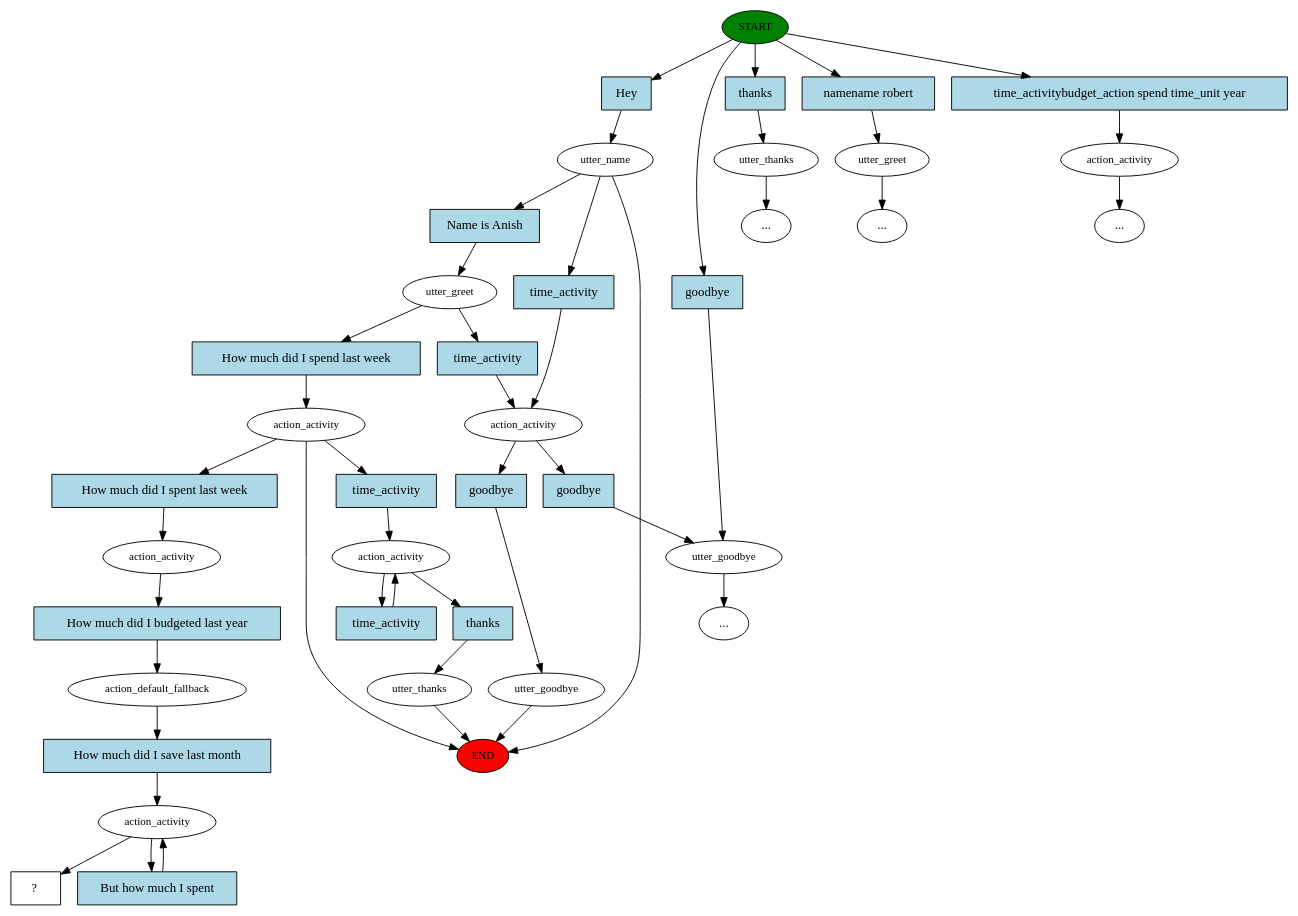
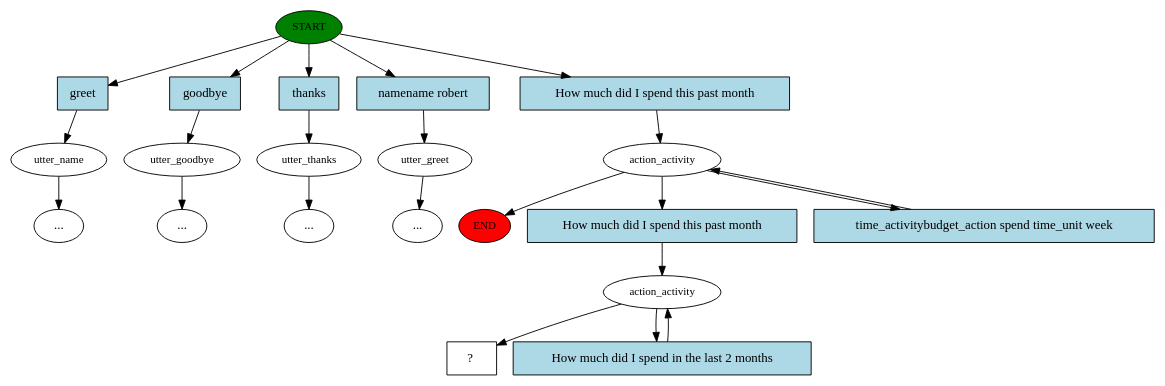
Before and after one commit to anishrav/ynab-ai: the diagram in story_graph.dot, drawn with Graphviz. The commit also changed 18 other files, not shown here.

```diff
--- a/story_graph.dot
+++ b/story_graph.dot
@@ -1,86 +1,45 @@
 digraph  {
 0 [class="start active", fillcolor=green, fontsize=12, label=START, style=filled];
 "-1" [class=end, fillcolor=red, fontsize=12, label=END, style=filled];
-1 [class=active, fontsize=12, label=utter_name];
-2 [class="", fontsize=12, label=utter_goodbye];
-3 [class="", fontsize=12, label=utter_thanks];
-"-4" [class=ellipsis, label="..."];
-4 [class="", fontsize=12, label=utter_greet];
-6 [class="", fontsize=12, label=action_activity];
+1 [class="", fontsize=12, label=utter_name];
+3 [class="", fontsize=12, label=utter_goodbye];
+"-5" [class=ellipsis, label="..."];
+4 [class="", fontsize=12, label=utter_thanks];
 "-6" [class=ellipsis, label="..."];
-9 [class=active, fontsize=12, label=utter_greet];
-10 [class=active, fontsize=12, label=action_activity];
-14 [class="", fontsize=12, label=utter_goodbye];
-15 [class="", fontsize=12, label=action_activity];
-19 [class="", fontsize=12, label=action_activity];
-21 [class="", fontsize=12, label=utter_thanks];
-"-9" [class=ellipsis, label="..."];
-"-10" [class=ellipsis, label="..."];
-28 [class=active, fontsize=12, label=action_activity];
-29 [class=active, fontsize=12, label=action_default_fallback];
-30 [class=active, fontsize=12, label=action_activity];
-36 [class="intent dashed active", label="  ?  ", shape=rect];
-37 [class="intent active", fillcolor=lightblue, label=Hey, shape=rect, style=filled];
-38 [class=intent, fillcolor=lightblue, label=goodbye, shape=rect, style=filled];
-39 [class=intent, fillcolor=lightblue, label=thanks, shape=rect, style=filled];
-40 [class=intent, fillcolor=lightblue, label="namename robert", shape=rect, style=filled];
-41 [class=intent, fillcolor=lightblue, label="time_activitybudget_action spend time_unit year", shape=rect, style=filled];
-42 [class=intent, fillcolor=lightblue, label=time_activity, shape=rect, style=filled];
-43 [class="intent active", fillcolor=lightblue, label="Name is Anish", shape=rect, style=filled];
-44 [class=intent, fillcolor=lightblue, label=goodbye, shape=rect, style=filled];
-45 [class=intent, fillcolor=lightblue, label=goodbye, shape=rect, style=filled];
-46 [class="intent active", fillcolor=lightblue, label="How much did I spend last week", shape=rect, style=filled];
-47 [class=intent, fillcolor=lightblue, label=time_activity, shape=rect, style=filled];
-48 [class=intent, fillcolor=lightblue, label=time_activity, shape=rect, style=filled];
-49 [class="intent active", fillcolor=lightblue, label="How much did I spent last week", shape=rect, style=filled];
-50 [class=intent, fillcolor=lightblue, label=thanks, shape=rect, style=filled];
-51 [class=intent, fillcolor=lightblue, label=time_activity, shape=rect, style=filled];
-52 [class="intent active", fillcolor=lightblue, label="How much did I budgeted last year", shape=rect, style=filled];
-53 [class="intent active", fillcolor=lightblue, label="How much did I save last month", shape=rect, style=filled];
-54 [class="intent active", fillcolor=lightblue, label="But how much I spent", shape=rect, style=filled];
-0 -> 37  [class=active, key=0];
-0 -> 38  [class="", key=0];
-0 -> 39  [class="", key=0];
-0 -> 40  [class="", key=0];
-0 -> 41  [class="", key=0];
-1 -> "-1"  [class="", key=NONE, label=""];
-1 -> 42  [class="", key=0];
-1 -> 43  [class=active, key=0];
-2 -> "-6"  [class="", key=NONE, label=""];
-3 -> "-4"  [class="", key=NONE, label=""];
-4 -> "-9"  [class="", key=NONE, label=""];
-6 -> 44  [class="", key=0];
-6 -> 45  [class="", key=0];
-9 -> 46  [class=active, key=0];
-9 -> 47  [class="", key=0];
-10 -> "-1"  [class="", key=NONE, label=""];
-10 -> 48  [class="", key=0];
-10 -> 49  [class=active, key=0];
-14 -> "-1"  [class="", key=NONE, label=""];
-15 -> "-10"  [class="", key=NONE, label=""];
-19 -> 50  [class="", key=0];
-19 -> 51  [class="", key=0];
-21 -> "-1"  [class="", key=NONE, label=""];
-28 -> 52  [class=active, key=0];
-29 -> 53  [class=active, key=0];
-30 -> 36  [class=active, key=NONE, label=""];
-30 -> 54  [class=active, key=0];
-37 -> 1  [class=active, key=0];
-38 -> 2  [class="", key=0];
-39 -> 3  [class="", key=0];
-40 -> 4  [class="", key=0];
-41 -> 15  [class="", key=0];
-42 -> 6  [class="", key=0];
-43 -> 9  [class=active, key=0];
-44 -> 2  [class="", key=0];
-45 -> 14  [class="", key=0];
-46 -> 10  [class=active, key=0];
-47 -> 6  [class="", key=0];
-48 -> 19  [class="", key=0];
-49 -> 28  [class=active, key=0];
-50 -> 21  [class="", key=0];
-51 -> 19  [class="", key=0];
-52 -> 29  [class=active, key=0];
-53 -> 30  [class=active, key=0];
-54 -> 30  [class=active, key=0];
+5 [class="", fontsize=12, label=utter_greet];
+9 [class=active, fontsize=12, label=action_activity];
+"-12" [class=ellipsis, label="..."];
+"-13" [class=ellipsis, label="..."];
+17 [class=active, fontsize=12, label=action_activity];
+27 [class="intent dashed active", label="  ?  ", shape=rect];
+28 [class=intent, fillcolor=lightblue, label=greet, shape=rect, style=filled];
+29 [class=intent, fillcolor=lightblue, label=goodbye, shape=rect, style=filled];
+30 [class=intent, fillcolor=lightblue, label=thanks, shape=rect, style=filled];
+31 [class=intent, fillcolor=lightblue, label="namename robert", shape=rect, style=filled];
+32 [class="intent active", fillcolor=lightblue, label="How much did I spend this past month", shape=rect, style=filled];
+33 [class="intent active", fillcolor=lightblue, label="How much did I spend this past month", shape=rect, style=filled];
+34 [class=intent, fillcolor=lightblue, label="time_activitybudget_action spend time_unit week", shape=rect, style=filled];
+35 [class="intent active", fillcolor=lightblue, label="How much did I spend in the last 2 months", shape=rect, style=filled];
+0 -> 28  [class="", key=0];
+0 -> 29  [class="", key=0];
+0 -> 30  [class="", key=0];
+0 -> 31  [class="", key=0];
+0 -> 32  [class=active, key=0];
+1 -> "-13"  [class="", key=NONE, label=""];
+3 -> "-5"  [class="", key=NONE, label=""];
+4 -> "-6"  [class="", key=NONE, label=""];
+5 -> "-12"  [class="", key=NONE, label=""];
+9 -> "-1"  [class="", key=NONE, label=""];
+9 -> 33  [class=active, key=0];
+9 -> 34  [class="", key=0];
+17 -> 27  [class=active, key=NONE, label=""];
+17 -> 35  [class=active, key=0];
+28 -> 1  [class="", key=0];
+29 -> 3  [class="", key=0];
+30 -> 4  [class="", key=0];
+31 -> 5  [class="", key=0];
+32 -> 9  [class=active, key=0];
+33 -> 17  [class=active, key=0];
+34 -> 9  [class="", key=0];
+35 -> 17  [class=active, key=0];
 }
```
